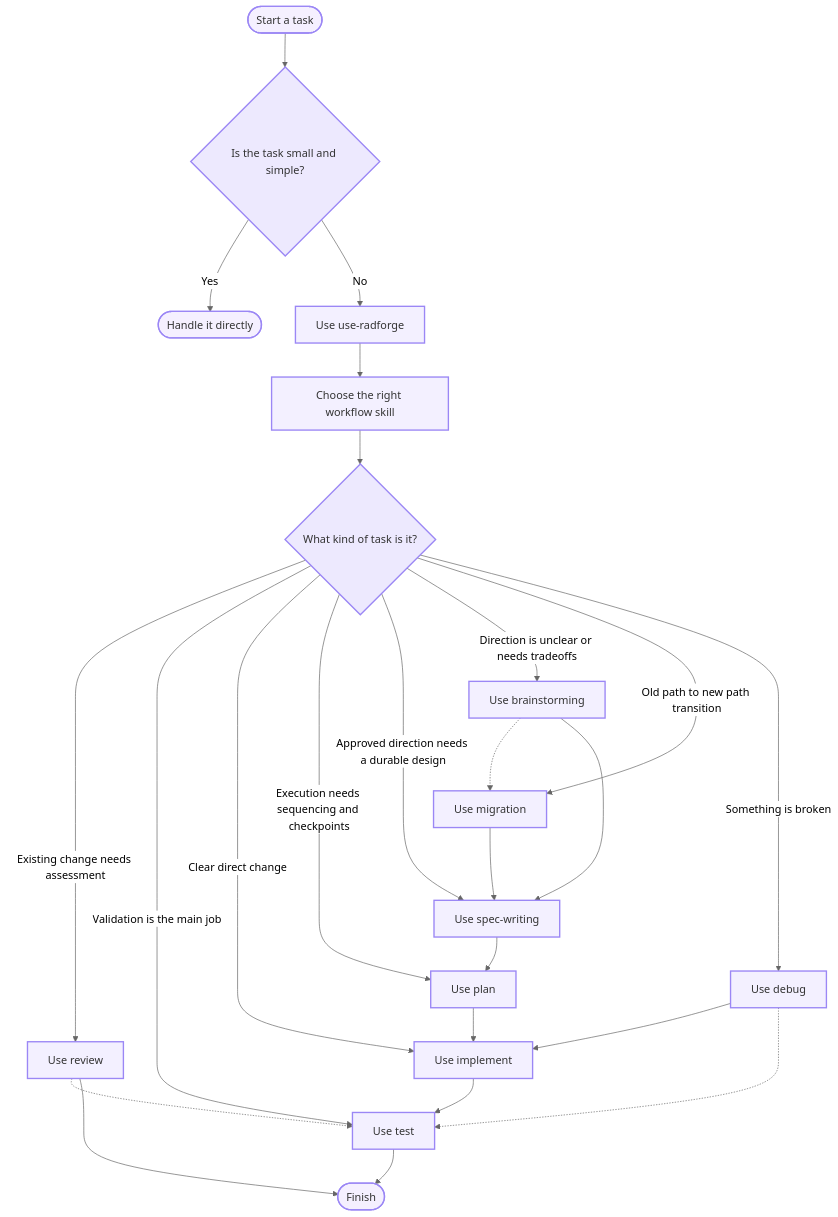
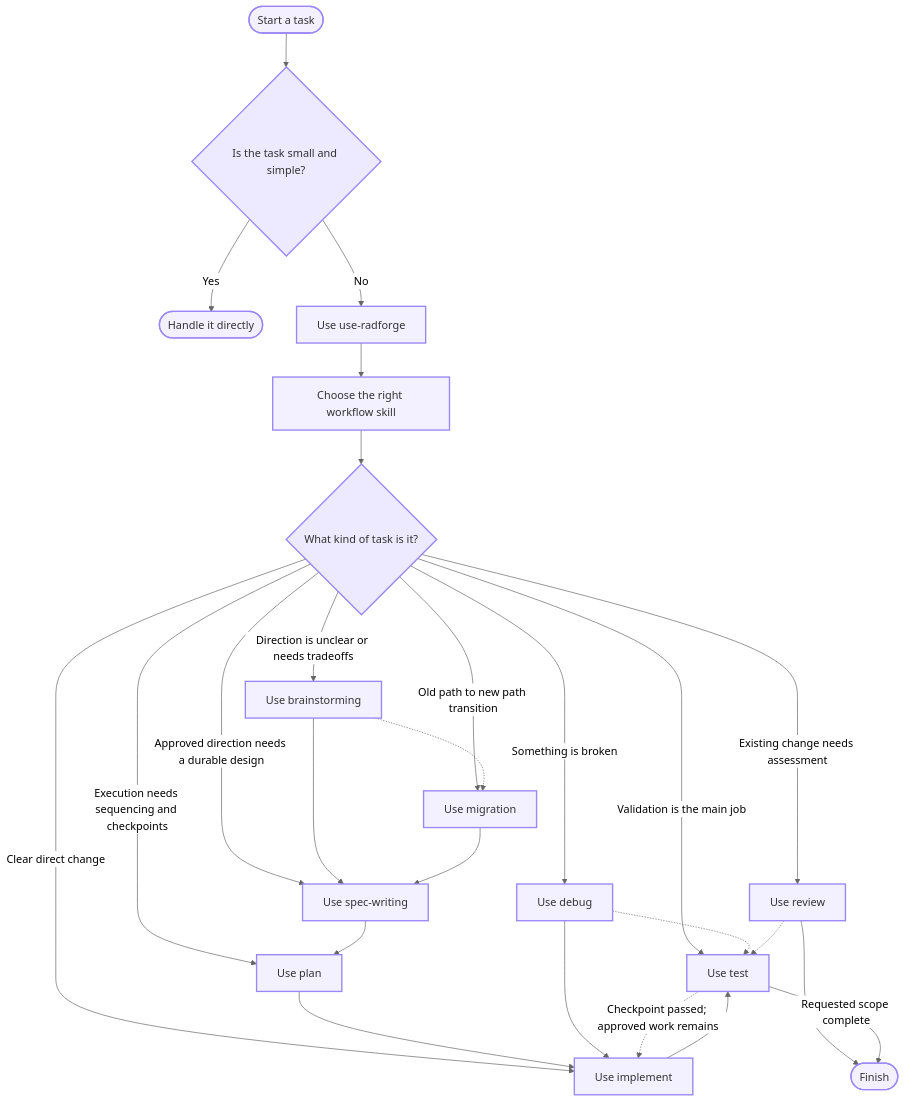
The diagram in README.md (tangthiendat/radforge), drawn with Mermaid (neutral theme) before and after one commit. The commit also changed other lines of this file and 11 other files, not shown here.

````diff
--- a/README.md
+++ b/README.md
@@ -200,40 +200,41 @@
 ```mermaid
 flowchart TD
     A([Start a task]) --> B{Is the task small and simple?}
 
     B -- Yes --> C([Handle it directly])
     B -- No --> D[Use use-radforge]
 
     D --> E[Choose the right workflow skill]
     E --> F{What kind of task is it?}
 
     F -->|Existing change needs assessment| R[Use review]
     F -->|Validation is the main job| T[Use test]
     F -->|Clear direct change| I[Use implement]
     F -->|Execution needs sequencing and checkpoints| P[Use plan]
     F -->|Approved direction needs a durable design| S[Use spec-writing]
     F -->|Direction is unclear or needs tradeoffs| BRAIN[Use brainstorming]
     F -->|Old path to new path transition| M[Use migration]
     F -->|Something is broken| DBUG[Use debug]
 
     BRAIN -.-> M
     BRAIN --> S
     M --> S
     S --> P
     P --> I
     DBUG --> I
     DBUG -.-> T
     I --> T
 
     R -.-> T
     R --> Z([Finish])
-    T --> Z
+    T -.->|Checkpoint passed; approved work remains| I
+    T -->|Requested scope complete| Z
 
     classDef start fill:#f5f0ff,stroke:#9b87f5,stroke-width:2px,color:#333;
     classDef decision fill:#ede9fe,stroke:#9b87f5,stroke-width:2px,color:#333;
     classDef action fill:#f3f0ff,stroke:#9b87f5,stroke-width:2px,color:#333;
 
     class A,Z,C start;
     class B,F decision;
     class D,E,R,T,I,P,S,BRAIN,M,DBUG action;
 ```
````
